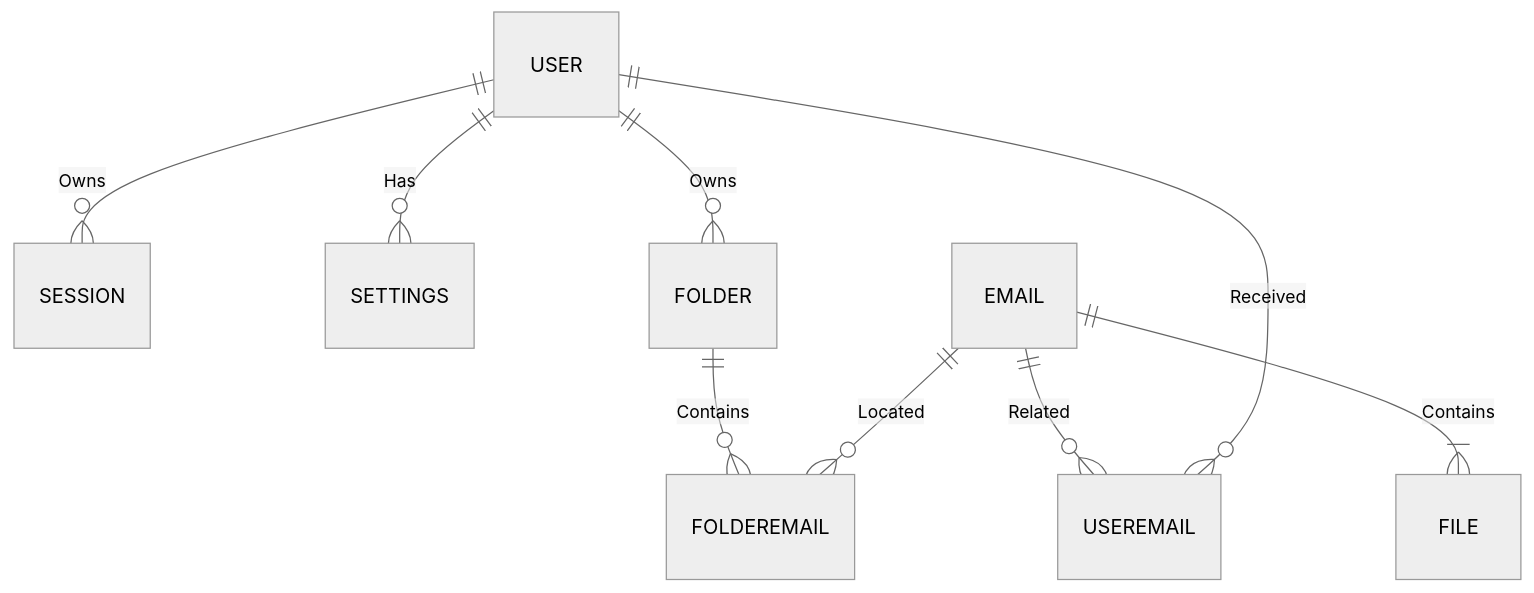
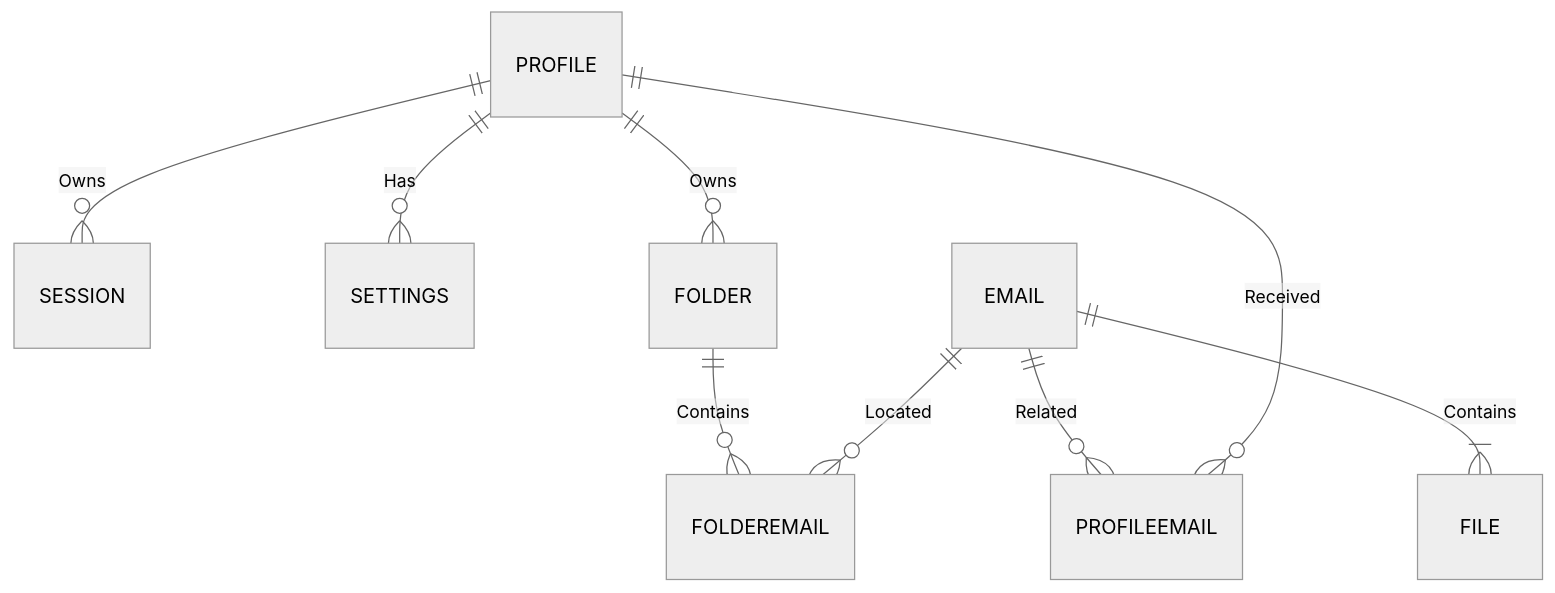
Before and after one commit to go-park-mail-ru/2024_1_Refugio: the first of 2 diagrams in db/normalized/relations.md, drawn with Mermaid (neutral theme). The commit also changed other lines of this file and 7 other files, not shown here.

````diff
--- a/db/normalized/relations.md
+++ b/db/normalized/relations.md
@@ -73,11 +73,11 @@
 ```mermaid
 erDiagram
-    USER ||--o{ SESSION : "Owns"
-    USER ||--o{ SETTINGS : "Has"
-    USER ||--o{ FOLDER : "Owns"
+    PROFILE ||--o{ SESSION : "Owns"
+    PROFILE ||--o{ SETTINGS : "Has"
+    PROFILE ||--o{ FOLDER : "Owns"
     FOLDER ||--o{ FOLDEREMAIL : "Contains"
     EMAIL ||--o{ FOLDEREMAIL : "Located"
-    EMAIL ||--o{ USEREMAIL : "Related"
-    USER ||--o{ USEREMAIL : "Received"
+    EMAIL ||--o{ PROFILEEMAIL : "Related"
+    PROFILE ||--o{ PROFILEEMAIL : "Received"
     EMAIL ||--|{ FILE : "Contains"
 ```
````
